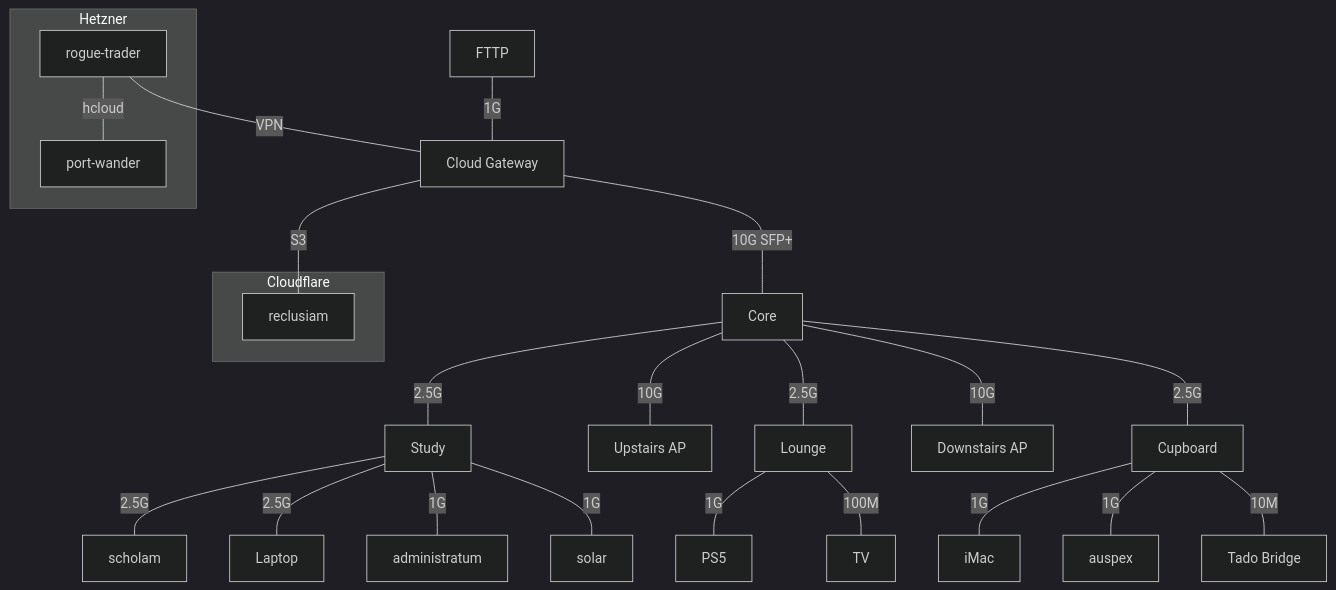
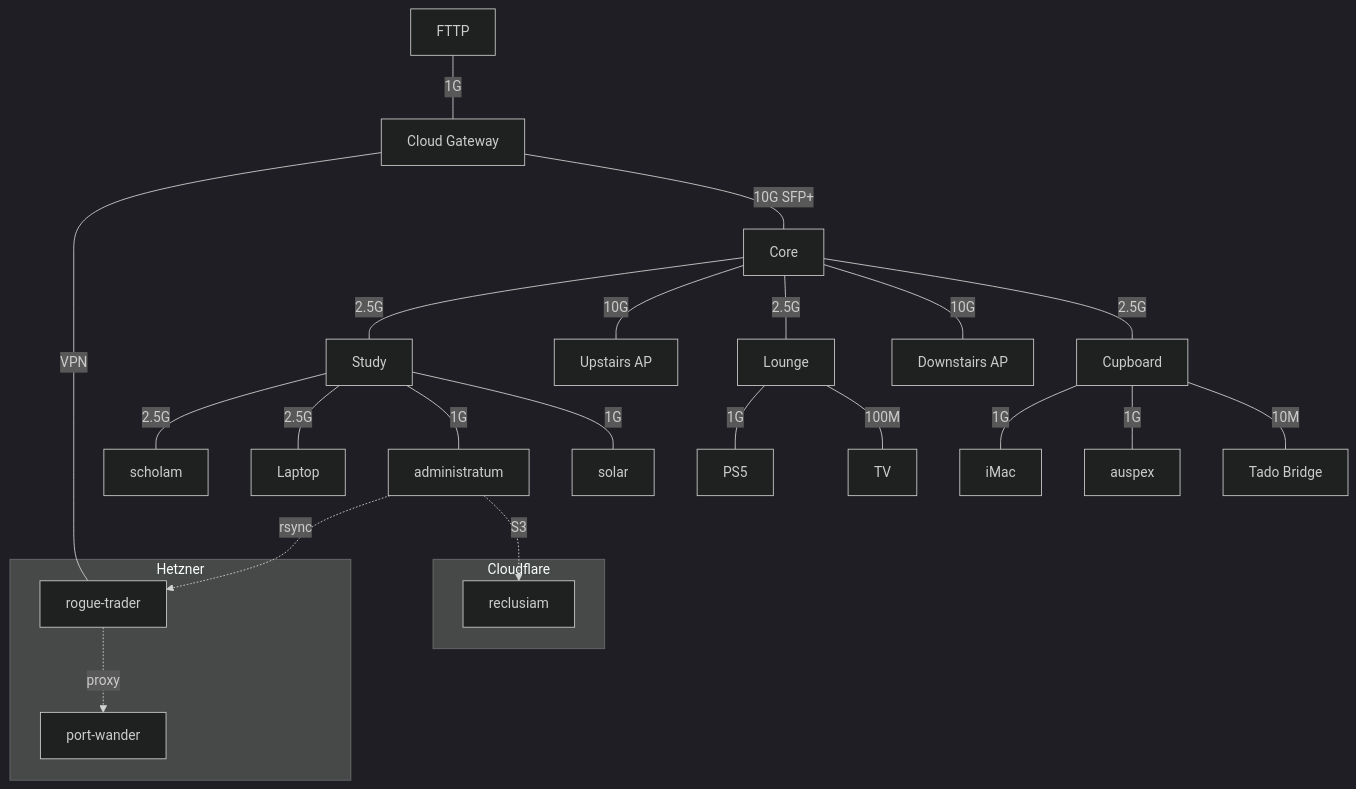
The diagram in README.md (jedimasterjonny/lex-imperialis), drawn with Mermaid (dark theme) before and after one commit. The commit also changed other lines of this file, not shown here.

````diff
--- a/README.md
+++ b/README.md
@@ -52,36 +54,38 @@
 ```mermaid
 flowchart TD
   fttp[FTTP] ---|1G| gw[Cloud Gateway]
-  gw ---|10G SFP+| core[Core]
 
   subgraph Hetzner
     rogue[rogue-trader]
     pw[port-wander]
   end
 
   subgraph Cloudflare
     reclusiam[reclusiam]
   end
 
-  rogue ---|VPN| gw
-  rogue ---|hcloud| pw
-  gw ---|S3| reclusiam
+  gw ---|VPN| rogue
+  gw ---|10G SFP+| core[Core]
 
   core ---|2.5G| study[Study]
   core ---|10G| apu[Upstairs AP]
   core ---|2.5G| lounge[Lounge]
   core ---|10G| apd[Downstairs AP]
   core ---|2.5G| cupboard[Cupboard]
 
   study ---|2.5G| scholam[scholam]
   study ---|2.5G| laptop[Laptop]
   study ---|1G| nas[administratum]
   study ---|1G| solar[solar]
 
   lounge ---|1G| ps5[PS5]
   lounge ---|100M| tv[TV]
 
   cupboard ---|1G| imac[iMac]
   cupboard ---|1G| auspex[auspex]
   cupboard ---|10M| tado[Tado Bridge]
+
+  nas -.->|rsync| rogue
+  nas -.->|S3| reclusiam
+  rogue -.->|proxy| pw
 ```
````
